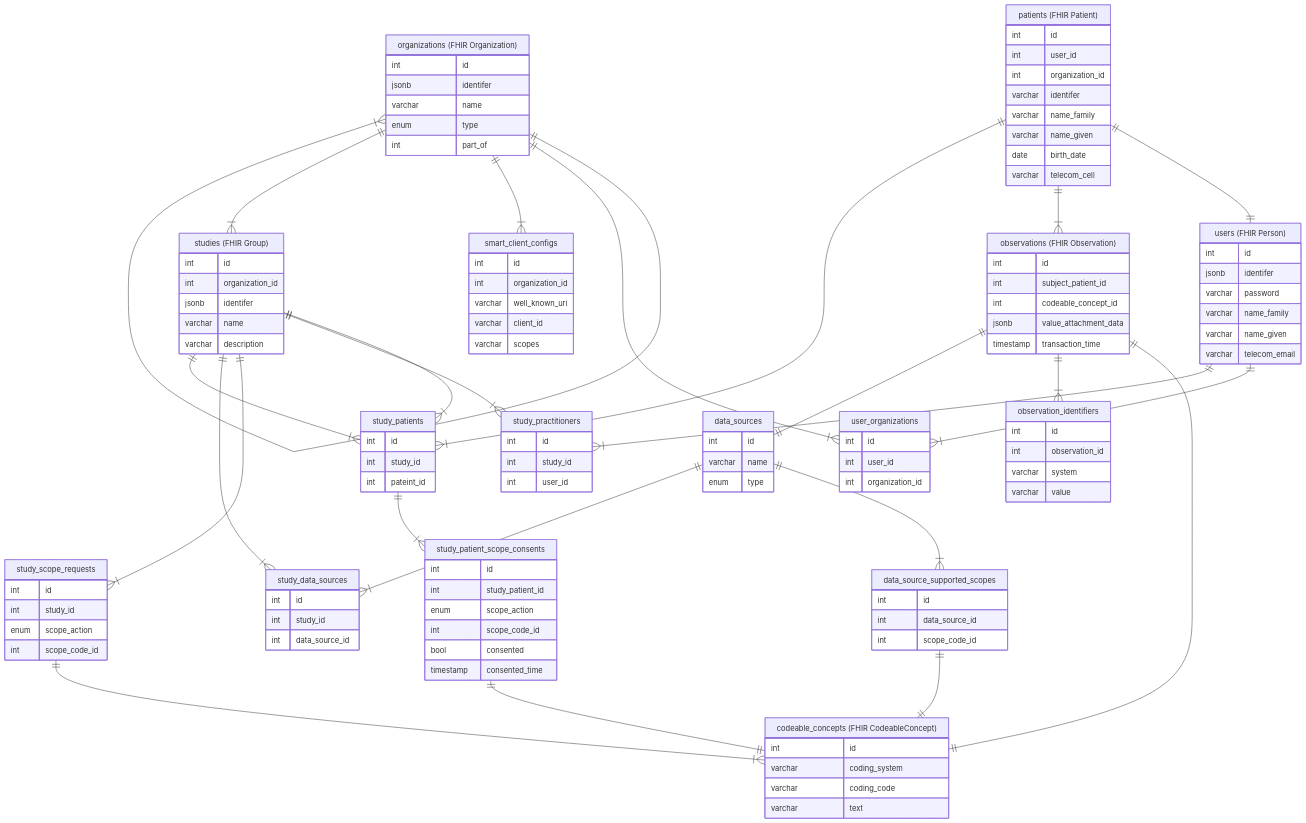
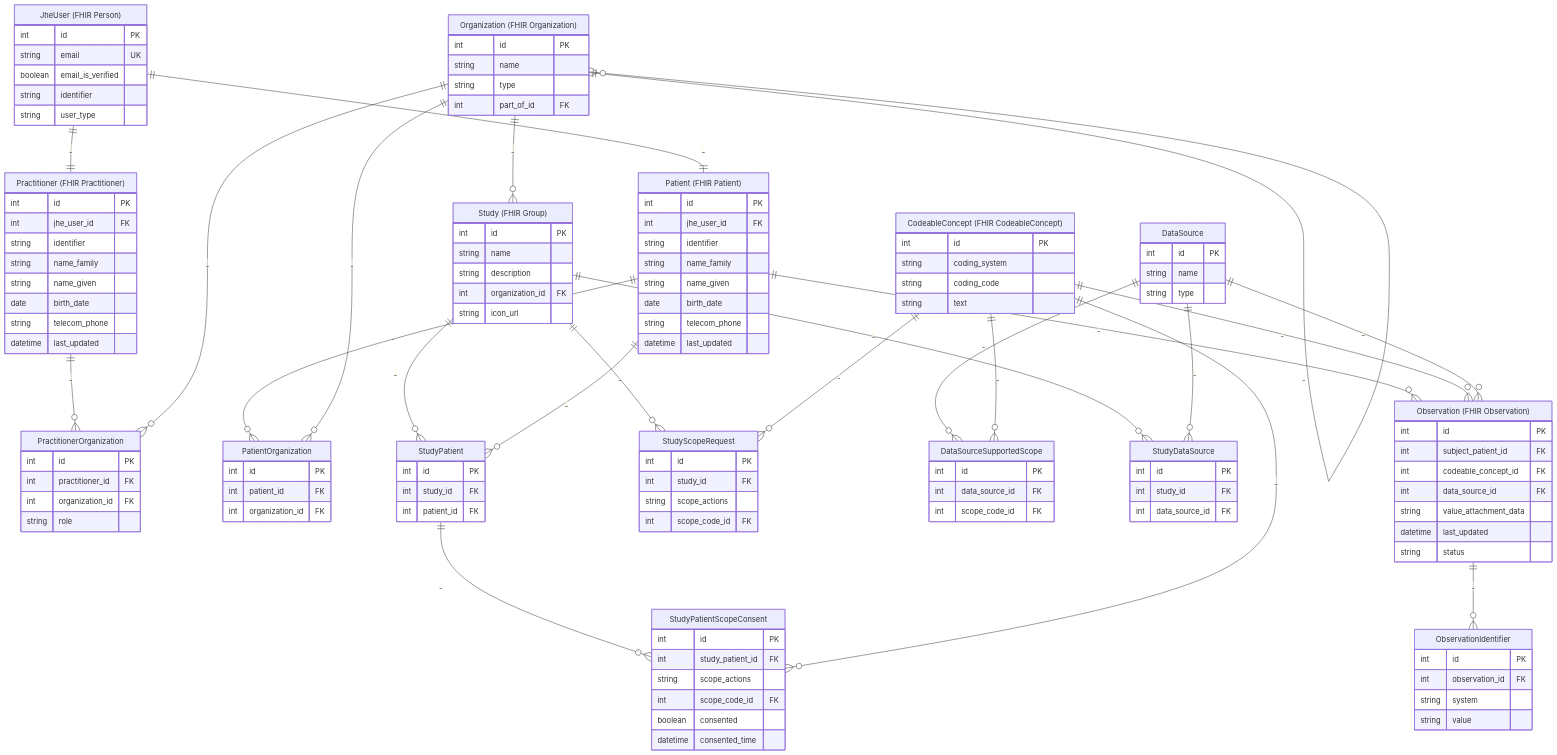
One commit to jupyterhealth/jupyterhealth-exchange changed the second of 2 diagrams in README.md. Above: the diagram before and after it, drawn with Mermaid. The commit also changed other lines of this file, not shown here.

Commit message:
doc: update ERD to match Django models

````diff
--- a/README.md
+++ b/README.md
@@ -888,132 +888,156 @@
 ```mermaid
 erDiagram
-    "users (FHIR Person)" ||--|{ "user_organizations": ""
-    "users (FHIR Person)" ||--|{ "study_practitioners": ""
-    "users (FHIR Person)" {
-        int id
-        jsonb identifer
-        varchar password
-        varchar name_family
-        varchar name_given
-        varchar telecom_email
-    }
-    "organizations (FHIR Organization)" ||--|{ "organizations (FHIR Organization)": ""
-    "organizations (FHIR Organization)" ||--|{ "user_organizations": ""
-    "organizations (FHIR Organization)" ||--|{ "smart_client_configs": ""
-    "organizations (FHIR Organization)" ||--|{ "studies (FHIR Group)": ""
-    "organizations (FHIR Organization)" {
-        int id
-        jsonb identifer
-        varchar name
-        enum type
-        int part_of
-    }
-    "smart_client_configs" {
-        int id
-        int organization_id
-        varchar well_known_uri
-        varchar client_id
-        varchar scopes
-    }
-    "user_organizations" {
-        int id
-        int user_id
-        int organization_id
-    }
-    "patients (FHIR Patient)" ||--|| "users (FHIR Person)": ""
-    "patients (FHIR Patient)" ||--|{ "observations (FHIR Observation)": ""
-    "patients (FHIR Patient)" ||--|{ "study_patients": ""
-    "patients (FHIR Patient)" {
-        int id
-        int user_id
-        int organization_id
-        varchar identifer
-        varchar name_family
-        varchar name_given
-        date   birth_date
-        varchar telecom_cell
-    }
-    "studies (FHIR Group)" ||--|{ "study_patients": ""
-    "studies (FHIR Group)" ||--|{ "study_practitioners": ""
-    "studies (FHIR Group)" ||--|{ "study_scope_requests": ""
-    "studies (FHIR Group)" ||--|{ "study_data_sources": ""
-    "studies (FHIR Group)" {
-        int id
-        int organization_id
-        jsonb identifer
-        varchar name
-        varchar description
-    }
-    "study_patients" ||--|{ "study_patient_scope_consents": ""
-    "study_patients" {
-        int id
-        int study_id
-        int pateint_id
-    }
-    "study_scope_requests" ||--|{ "codeable_concepts (FHIR CodeableConcept)": ""
-    "study_scope_requests" {
-        int id
-        int study_id
-        enum scope_action
-        int scope_code_id
-    }
+  "JheUser (FHIR Person)" {
+    int id PK
+    string email UK
+    boolean email_is_verified
+    string identifier
+    string user_type
+  }
 
-    "study_practitioners" {
-        int id
-        int study_id
-        int user_id
-    }
+  "Organization (FHIR Organization)" {
+    int id PK
+    string name
+    string type
+    int part_of_id FK
+  }
 
-    "observations (FHIR Observation)" ||--|| "codeable_concepts (FHIR CodeableConcept)": ""
-    "observations (FHIR Observation)" ||--|{ "observation_identifiers": ""
-    "observations (FHIR Observation)" ||--|| "data_sources": ""
-    "observations (FHIR Observation)" {
-        int id
-        int subject_patient_id
-        int codeable_concept_id
-        jsonb value_attachment_data
-        timestamp transaction_time
-    }
+  "Practitioner (FHIR Practitioner)" {
+    int id PK
+    int jhe_user_id FK
+    string identifier
+    string name_family
+    string name_given
+    date birth_date
+    string telecom_phone
+    datetime last_updated
+  }
 
-    "observation_identifiers" {
-        int id
-        int observation_id
-        varchar system
-        varchar value
-    }
+  "Patient (FHIR Patient)" {
+    int id PK
+    int jhe_user_id FK
+    string identifier
+    string name_family
+    string name_given
+    date birth_date
+    string telecom_phone
+    datetime last_updated
+  }
 
-    "studies (FHIR Group)" ||--|{ "study_patients": ""
-    "codeable_concepts (FHIR CodeableConcept)" {
-        int id
-        varchar coding_system
-        varchar coding_code
-        varchar text
-    }
-    "study_patient_scope_consents" ||--|| "codeable_concepts (FHIR CodeableConcept)": ""
-    "study_patient_scope_consents" {
-        int id
-        int study_patient_id
-        enum scope_action
-        int scope_code_id
-        bool consented
-        timestamp consented_time
-    }
-    "data_sources" ||--|{ "data_source_supported_scopes": ""
-    "data_sources" ||--|{ "study_data_sources": ""
-    "data_sources" {
-        int id
-        varchar name
-        enum type
-    }
-    "data_source_supported_scopes" ||--|| "codeable_concepts (FHIR CodeableConcept)": ""
-    "data_source_supported_scopes" {
-        int id
-        int data_source_id
-        int scope_code_id
-    }
-    "study_data_sources" {
-        int id
-        int study_id
-        int data_source_id
-    }
+  PractitionerOrganization {
+    int id PK
+    int practitioner_id FK
+    int organization_id FK
+    string role
+  }
+
+  PatientOrganization {
+    int id PK
+    int patient_id FK
+    int organization_id FK
+  }
+
+  "CodeableConcept (FHIR CodeableConcept)" {
+    int id PK
+    string coding_system
+    string coding_code
+    string text
+  }
+
+  "Study (FHIR Group)" {
+    int id PK
+    string name
+    string description
+    int organization_id FK
+    string icon_url
+  }
+
+  StudyPatient {
+    int id PK
+    int study_id FK
+    int patient_id FK
+  }
+
+  StudyPatientScopeConsent {
+    int id PK
+    int study_patient_id FK
+    string scope_actions
+    int scope_code_id FK
+    boolean consented
+    datetime consented_time
+  }
+
+  StudyScopeRequest {
+    int id PK
+    int study_id FK
+    string scope_actions
+    int scope_code_id FK
+  }
+
+  DataSource {
+    int id PK
+    string name
+    string type
+  }
+
+  DataSourceSupportedScope {
+    int id PK
+    int data_source_id FK
+    int scope_code_id FK
+  }
+
+  StudyDataSource {
+    int id PK
+    int study_id FK
+    int data_source_id FK
+  }
+
+  "Observation (FHIR Observation)" {
+    int id PK
+    int subject_patient_id FK
+    int codeable_concept_id FK
+    int data_source_id FK
+    string value_attachment_data
+    datetime last_updated
+    string status
+  }
+
+  ObservationIdentifier {
+    int id PK
+    int observation_id FK
+    string system
+    string value
+  }
+
+  "Organization (FHIR Organization)" ||--o{ "Organization (FHIR Organization)" : _
+  "JheUser (FHIR Person)" ||--|| "Practitioner (FHIR Practitioner)" : _
+  "JheUser (FHIR Person)" ||--|| "Patient (FHIR Patient)" : _
+
+  "Practitioner (FHIR Practitioner)" ||--o{ PractitionerOrganization : _
+  "Organization (FHIR Organization)" ||--o{ PractitionerOrganization : _
+  "Patient (FHIR Patient)" ||--o{ PatientOrganization : _
+  "Organization (FHIR Organization)" ||--o{ PatientOrganization : _
+
+  "Organization (FHIR Organization)" ||--o{ "Study (FHIR Group)" : _
+  "Study (FHIR Group)" ||--o{ StudyPatient : _
+  "Patient (FHIR Patient)" ||--o{ StudyPatient : _
+
+  StudyPatient ||--o{ StudyPatientScopeConsent : _
+  "CodeableConcept (FHIR CodeableConcept)" ||--o{ StudyPatientScopeConsent : _
+
+  "Study (FHIR Group)" ||--o{ StudyScopeRequest : _
+  "CodeableConcept (FHIR CodeableConcept)" ||--o{ StudyScopeRequest : _
+
+  DataSource ||--o{ DataSourceSupportedScope : _
+  "CodeableConcept (FHIR CodeableConcept)" ||--o{ DataSourceSupportedScope : _
+
+  "Study (FHIR Group)" ||--o{ StudyDataSource : _
+  DataSource ||--o{ StudyDataSource : _
+
+  "Patient (FHIR Patient)" ||--o{ "Observation (FHIR Observation)" : _
+  "CodeableConcept (FHIR CodeableConcept)" ||--o{ "Observation (FHIR Observation)" : _
+  DataSource ||--o{ "Observation (FHIR Observation)" : _
+
+  "Observation (FHIR Observation)" ||--o{ ObservationIdentifier : _
+
 ```
````
